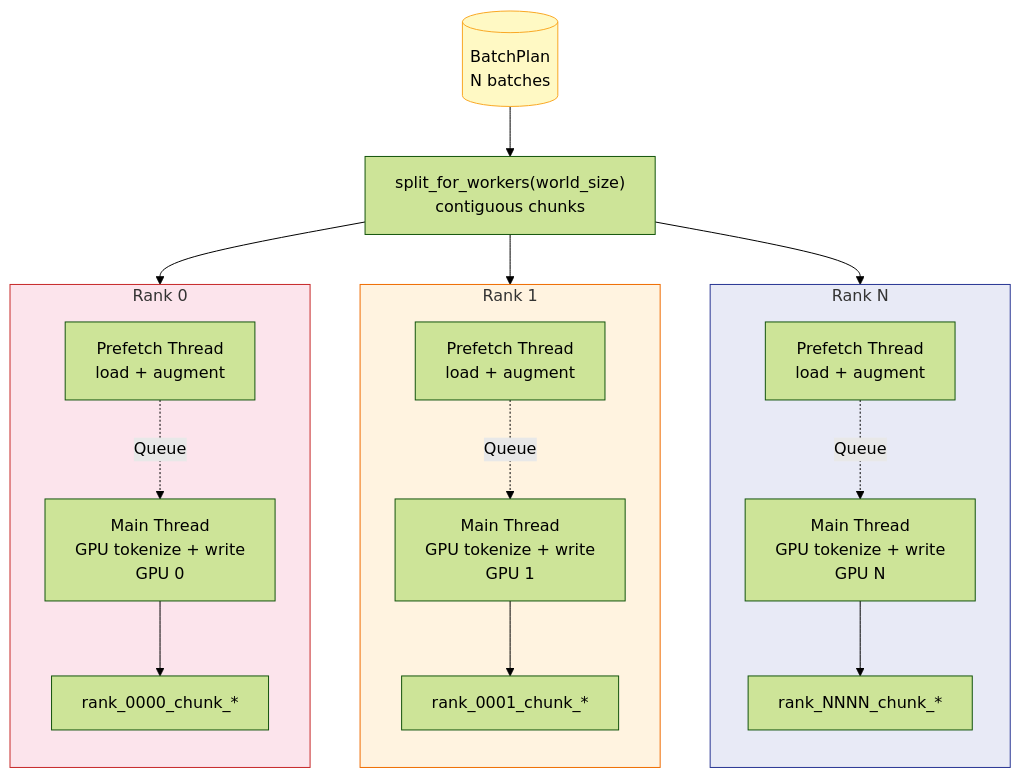
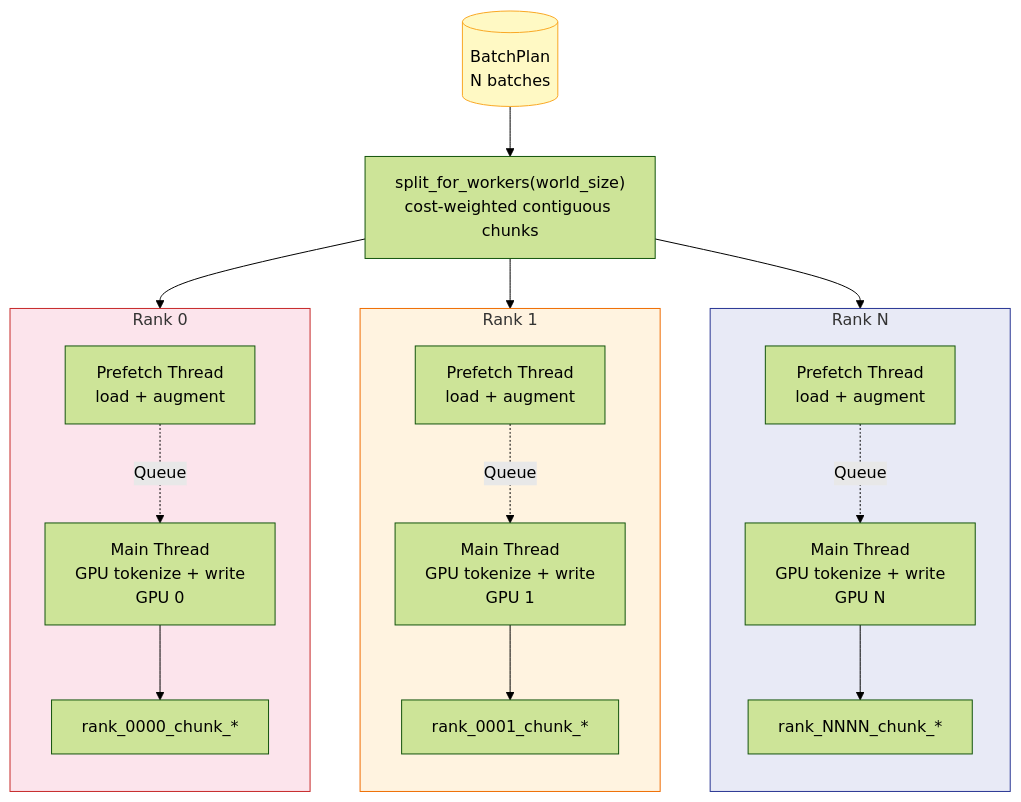
The ninth of 11 diagrams in vision_tokenization/README.md (swiss-ai/benchmark-image-tokenzier), drawn with Mermaid (forest theme) before and after one commit. The commit also changed other lines of this file, not shown here.

First line of the commit message:
Update README for weighted split, W&B resume, stats reducer, torch.compile, and Numba

````diff
--- a/vision_tokenization/README.md
+++ b/vision_tokenization/README.md
@@ -607,28 +615,28 @@
 ```mermaid
 graph TD
-    BP[("BatchPlan<br/>N batches")] --> SPLIT["split_for_workers(world_size)<br/>contiguous chunks"]
+    BP[("BatchPlan<br/>N batches")] --> SPLIT["split_for_workers(world_size)<br/>cost-weighted contiguous chunks"]
 
     SPLIT --> R0 & R1 & RN
 
     subgraph R0["Rank 0"]
         direction TB
         PF0["Prefetch Thread<br/>load + augment"] -.->|"Queue"| H0["Main Thread<br/>GPU tokenize + write<br/>GPU 0"] --> O0["rank_0000_chunk_*"]
     end
 
     subgraph R1["Rank 1"]
         direction TB
         PF1["Prefetch Thread<br/>load + augment"] -.->|"Queue"| H1["Main Thread<br/>GPU tokenize + write<br/>GPU 1"] --> O1["rank_0001_chunk_*"]
     end
 
     subgraph RN["Rank N"]
         direction TB
         PFN["Prefetch Thread<br/>load + augment"] -.->|"Queue"| HN["Main Thread<br/>GPU tokenize + write<br/>GPU N"] --> ON["rank_NNNN_chunk_*"]
     end
 
     click SPLIT href "https://github.com/swiss-ai/benchmark-image-tokenzier/blob/main/vision_tokenization/indexing/clustered_batch_planner.py"
 
     style BP fill:#fff9c4,stroke:#F9A825
     style R0 fill:#fce4ec,stroke:#C62828
     style R1 fill:#fff3e0,stroke:#EF6C00
     style RN fill:#e8eaf6,stroke:#283593
 ```
````
